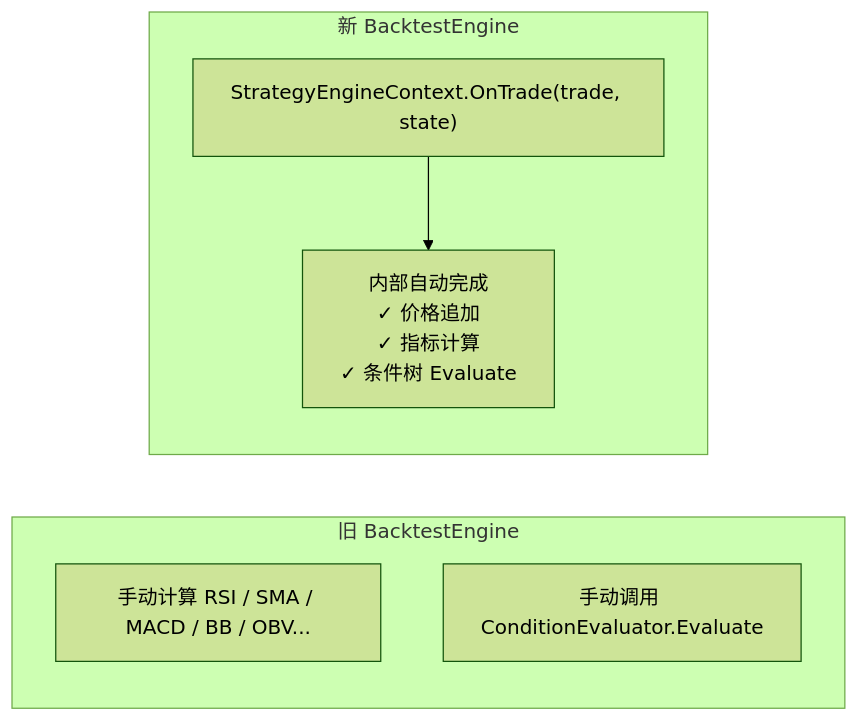
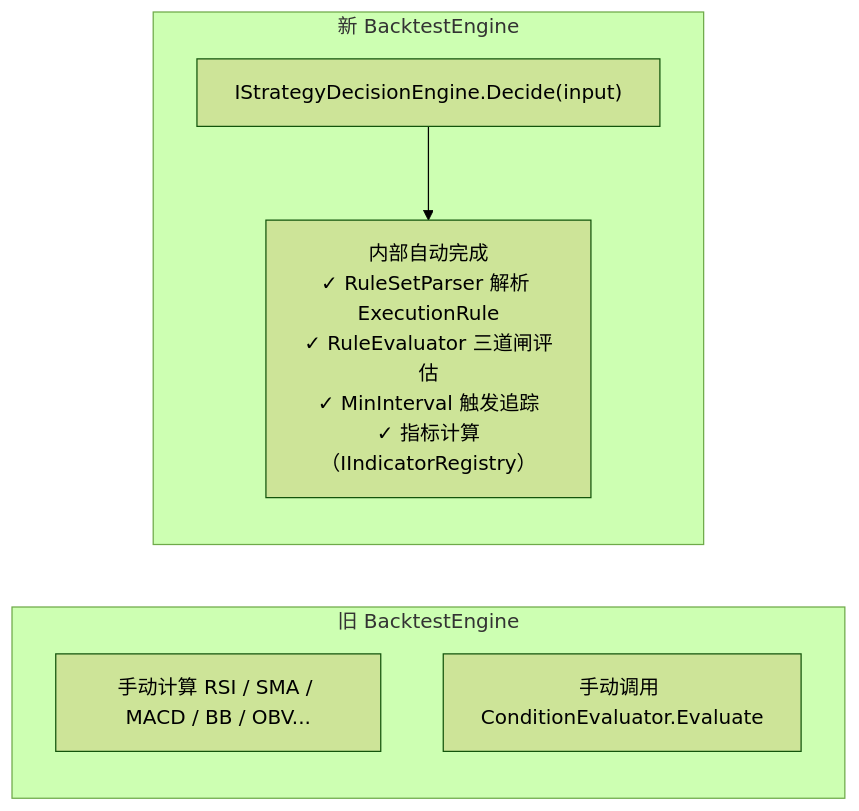
Before and after one commit to bambuo/TradeX: the ninth of 16 diagrams in docs/回测引擎工作流程.md, drawn with Mermaid (forest theme). The commit also changed other lines of this file and 5 other files, not shown here.

````diff
--- a/docs/回测引擎工作流程.md
+++ b/docs/回测引擎工作流程.md
@@ -291,12 +286,12 @@
 ```mermaid
 flowchart LR
     subgraph Before["旧 BacktestEngine"]
         OLD_IND["手动计算 RSI / SMA / MACD / BB / OBV..."]
         OLD_COND["手动调用 ConditionEvaluator.Evaluate"]
     end
 
     subgraph After["新 BacktestEngine"]
-        NEW_CTX["StrategyEngineContext.OnTrade(trade, state)"]
-        NEW_CTX --> EVAL["内部自动完成<br/>✓ 价格追加<br/>✓ 指标计算<br/>✓ 条件树 Evaluate"]
+        NEW_ENGINE["IStrategyDecisionEngine.Decide(input)"]
+        NEW_ENGINE --> EVAL["内部自动完成<br/>✓ RuleSetParser 解析 ExecutionRule<br/>✓ RuleEvaluator 三道闸评估<br/>✓ MinInterval 触发追踪<br/>✓ 指标计算（IIndicatorRegistry）"]
     end
 ```
````
